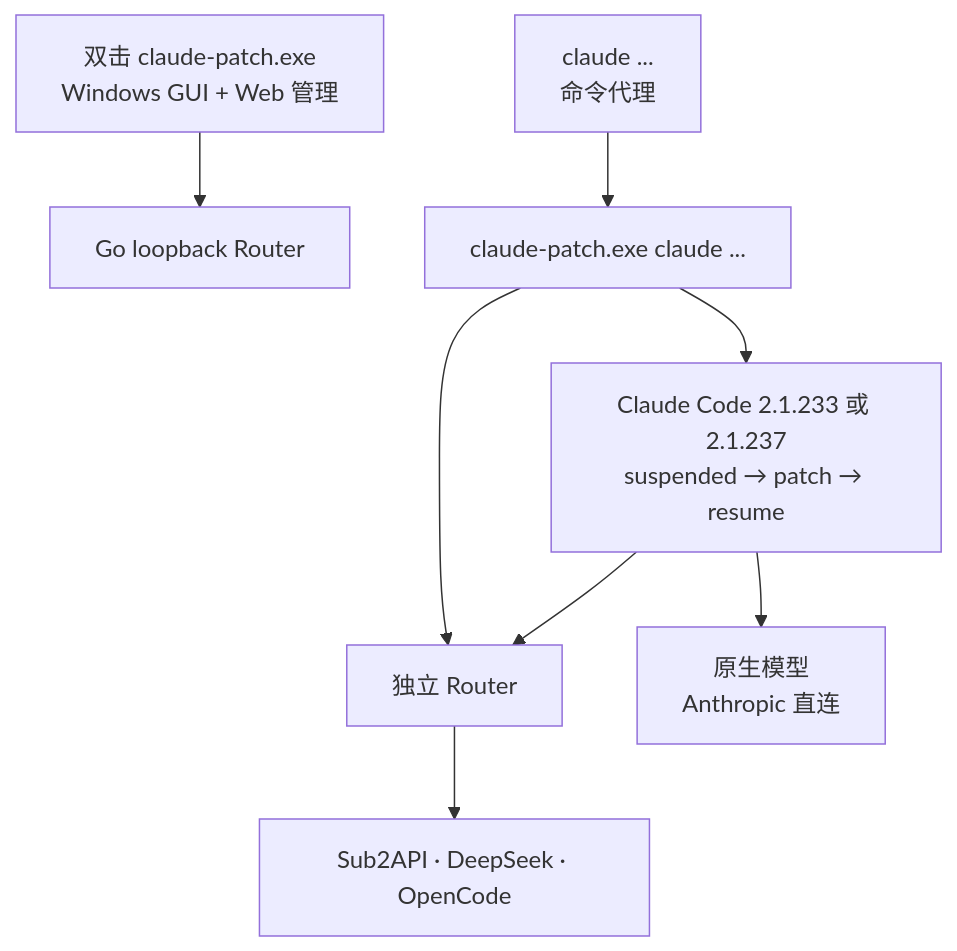
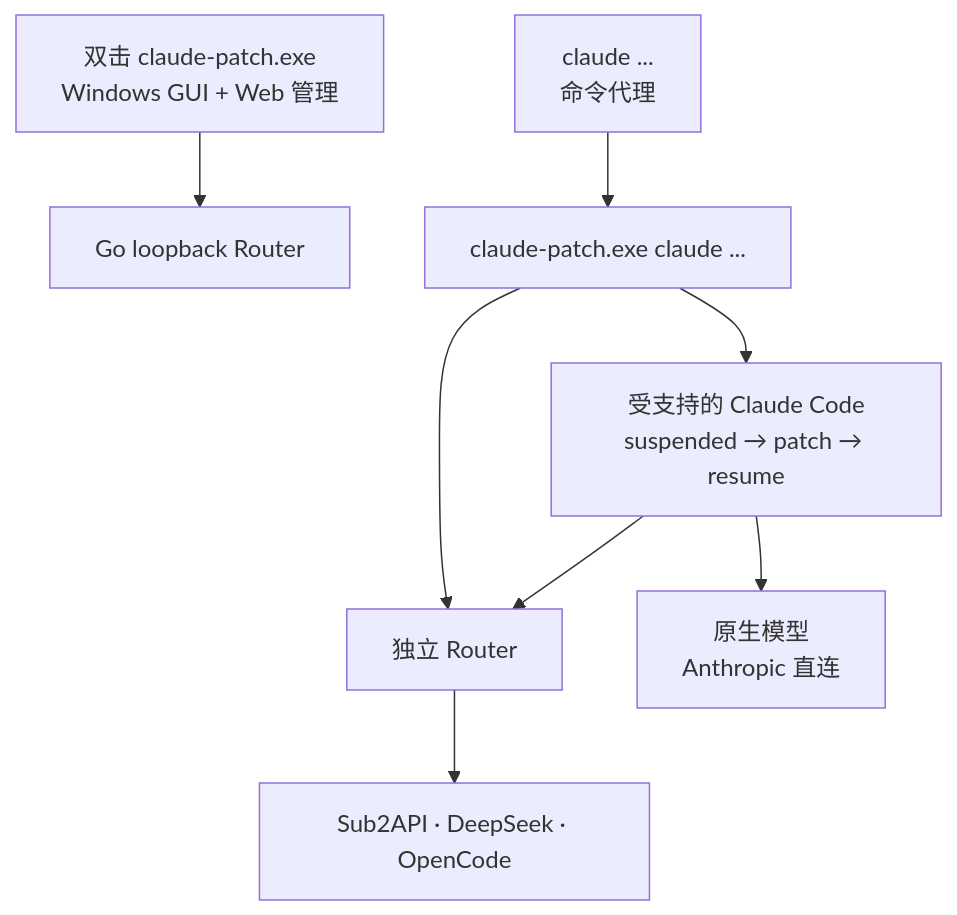
Before and after one commit to cnlanlansky/claude-patch: the diagram in README.md, drawn with Mermaid. The commit also changed other lines of this file and 35 other files, not shown here.

Commit message:
支持 Claude Code 2.1.239

````diff
--- a/README.md
+++ b/README.md
@@ -33,10 +33,10 @@
 ```mermaid
 flowchart TB
     GUI["双击 claude-patch.exe<br/>Windows GUI + Web 管理"] --> R["Go loopback Router"]
     CMD["claude ...<br/>命令代理"] --> P["claude-patch.exe claude ..."]
     P --> S["独立 Router"]
-    P --> C["Claude Code 2.1.233 或 2.1.237<br/>suspended → patch → resume"]
+    P --> C["受支持的 Claude Code<br/>suspended → patch → resume"]
     C --> A["原生模型<br/>Anthropic 直连"]
     C --> S
     S --> U["Sub2API · DeepSeek · OpenCode"]
 ```
````
